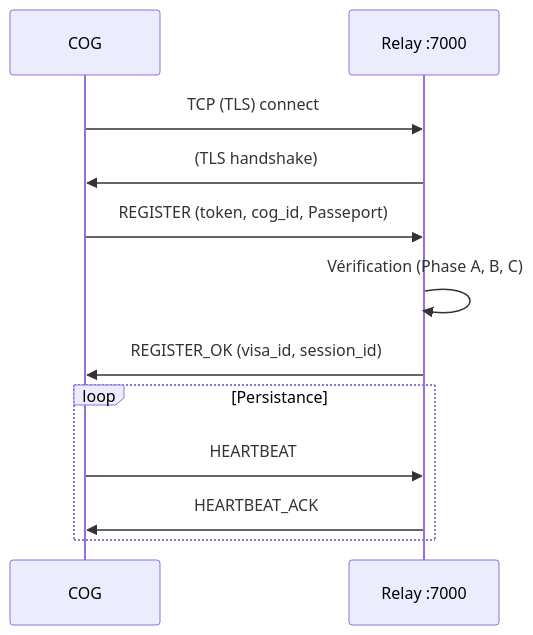
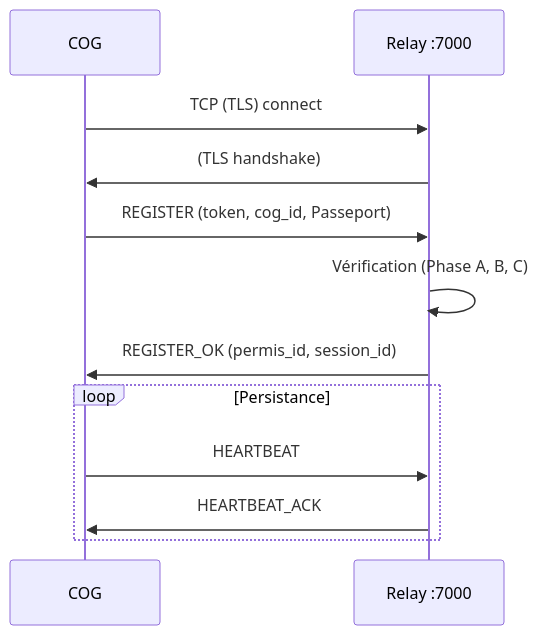
The second of 2 diagrams in docs/miyukini-webway-system/acteurs/MWS - Relays.md (StudioMiyukini/miyukini_cog), drawn with Mermaid before and after one commit. The commit also changed other lines of this file and 17 other files, not shown here.

````diff
--- a/docs/miyukini-webway-system/acteurs/MWS - Relays.md
+++ b/docs/miyukini-webway-system/acteurs/MWS - Relays.md
@@ -198,15 +198,15 @@
 ```mermaid
 sequenceDiagram
     participant COG as COG
     participant R as Relay :7000
 
     COG->>R: TCP (TLS) connect
     R->>COG: (TLS handshake)
     COG->>R: REGISTER (token, cog_id, Passeport)
     R->>R: Vérification (Phase A, B, C)
-    R->>COG: REGISTER_OK (visa_id, session_id)
+    R->>COG: REGISTER_OK (permis_id, session_id)
     loop Persistance
         COG->>R: HEARTBEAT
         R->>COG: HEARTBEAT_ACK
     end
 ```
````
